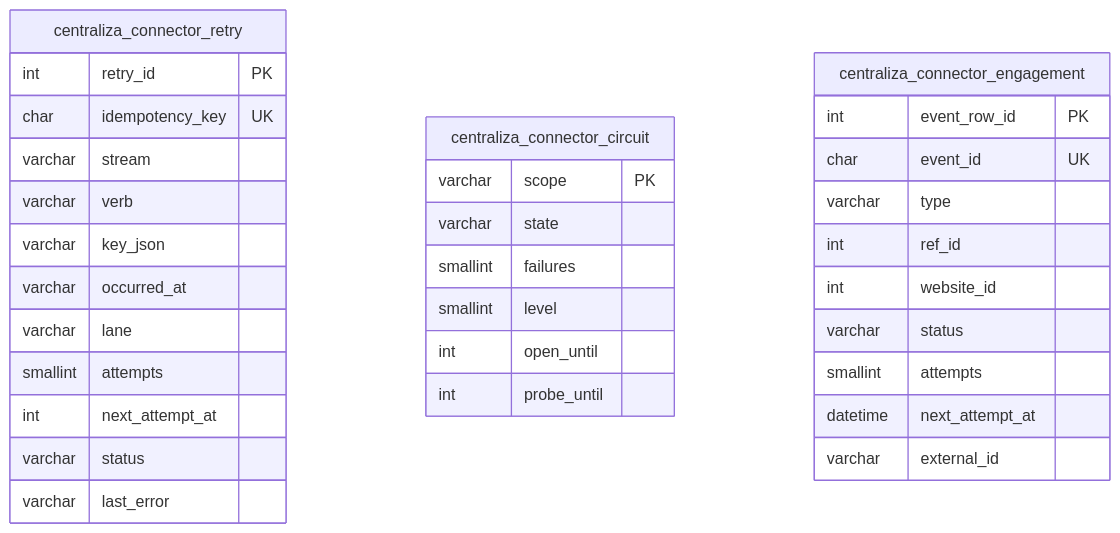
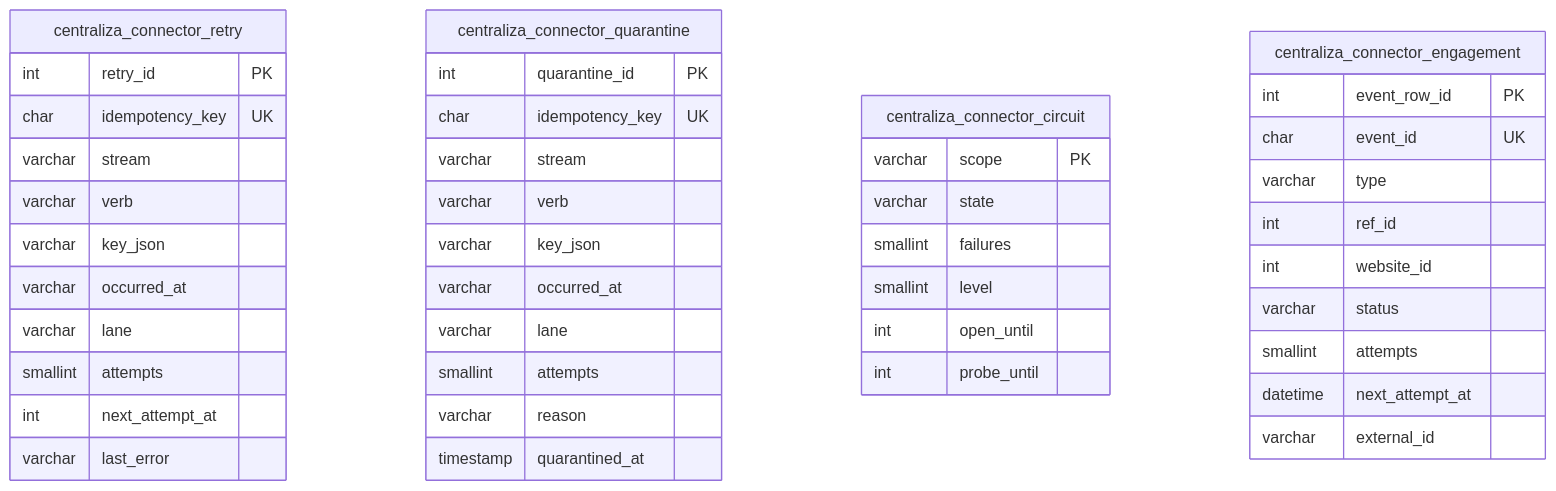
The sixth of 6 diagrams in docs/arquitetura.md (centraliza/module-connector), drawn with Mermaid before and after one commit. The commit also changed other lines of this file, not shown here.

First line of the commit message:
docs: document quarantine, new streams and observability

````diff
--- a/docs/arquitetura.md
+++ b/docs/arquitetura.md
@@ -348,35 +383,46 @@
 ```mermaid
 erDiagram
     centraliza_connector_retry {
         int retry_id PK
         char idempotency_key UK
         varchar stream
         varchar verb
         varchar key_json
         varchar occurred_at
         varchar lane
         smallint attempts
         int next_attempt_at
-        varchar status
         varchar last_error
+    }
+    centraliza_connector_quarantine {
+        int quarantine_id PK
+        char idempotency_key UK
+        varchar stream
+        varchar verb
+        varchar key_json
+        varchar occurred_at
+        varchar lane
+        smallint attempts
+        varchar reason
+        timestamp quarantined_at
     }
     centraliza_connector_circuit {
         varchar scope PK
         varchar state
         smallint failures
         smallint level
         int open_until
         int probe_until
     }
     centraliza_connector_engagement {
         int event_row_id PK
         char event_id UK
         varchar type
         int ref_id
         int website_id
         varchar status
         smallint attempts
         datetime next_attempt_at
         varchar external_id
     }
 ```
````
